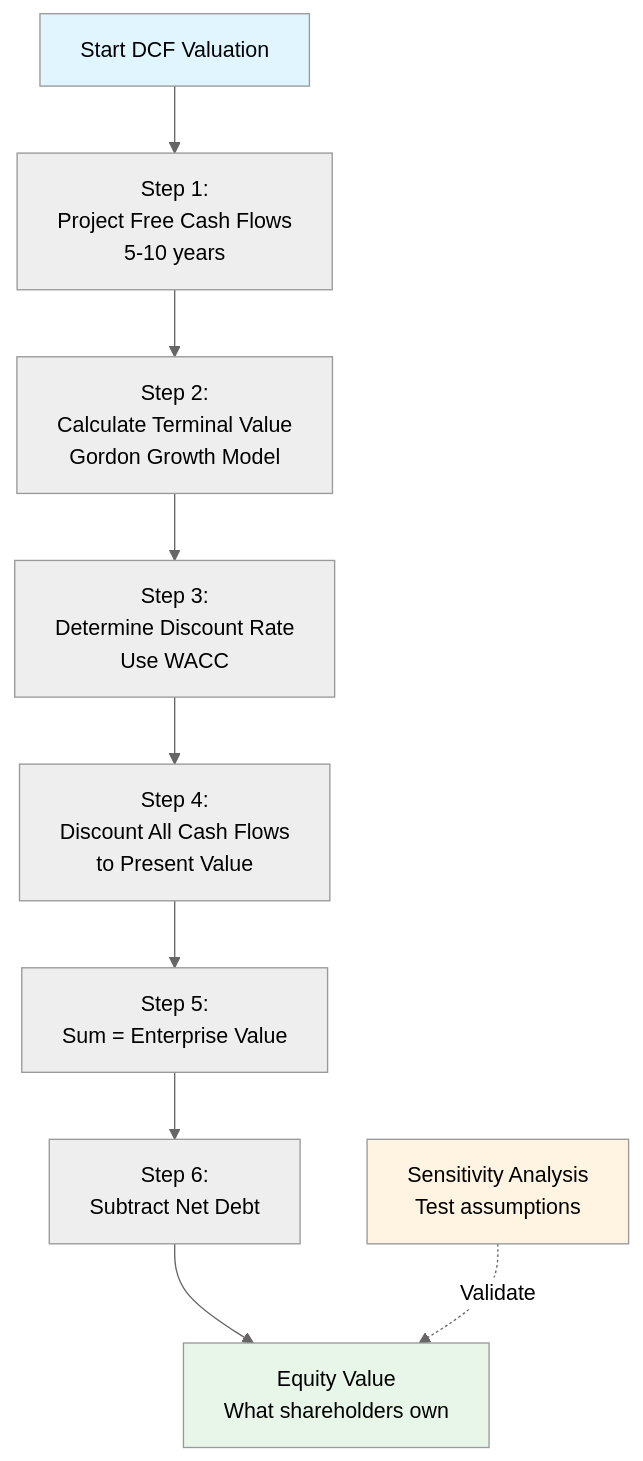
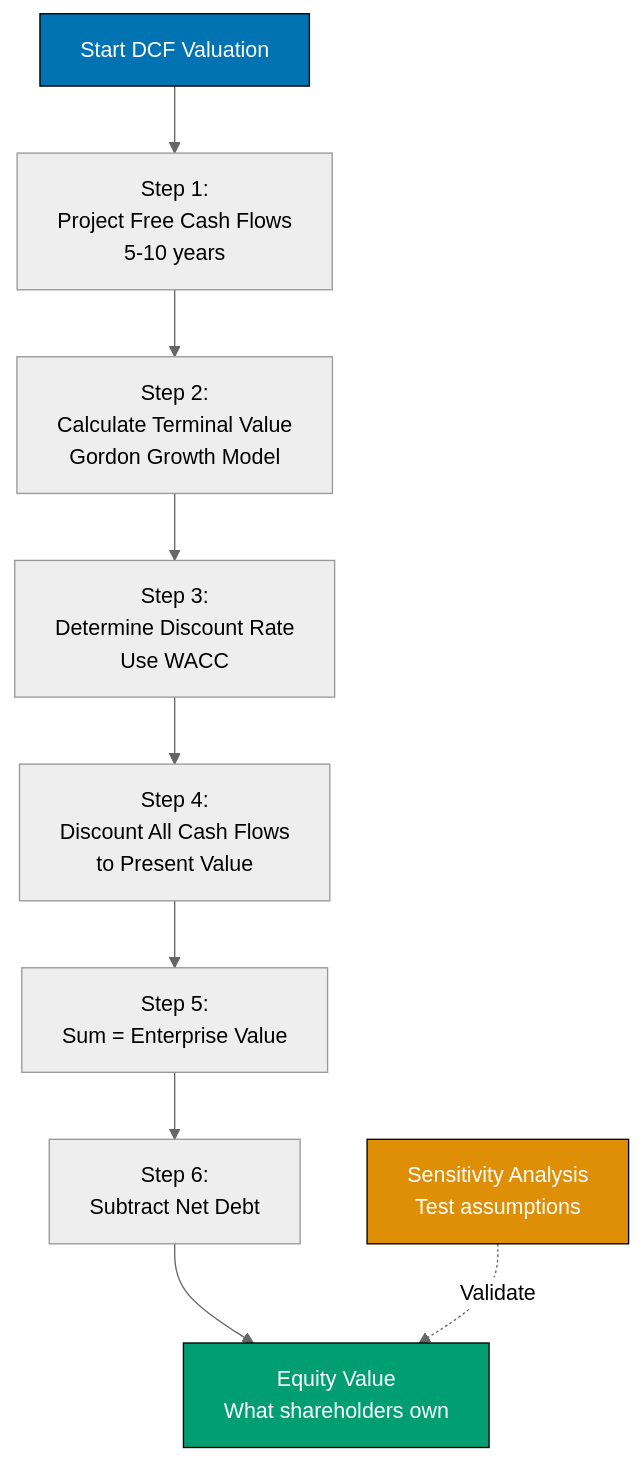
Diagram 11 of 12 in docs/tutorials/business-and-finance/tu-bufi__corporate-finance.md (wahidyankf/open-sharia-enterprise), drawn with Mermaid (neutral theme) before and after one commit. The commit also changed other lines of this file and 22 other files, not shown here.

First line of the commit message:
docs(diagrams): ensure all mermaid diagrams use color-blind friendly palette

````diff
--- a/docs/tutorials/business-and-finance/tu-bufi__corporate-finance.md
+++ b/docs/tutorials/business-and-finance/tu-bufi__corporate-finance.md
@@ -1242,16 +1275,16 @@
 ```mermaid
 flowchart TD
 	A[Start DCF Valuation] --> B[Step 1:<br/>Project Free Cash Flows<br/>5-10 years]
 	B --> C[Step 2:<br/>Calculate Terminal Value<br/>Gordon Growth Model]
 	C --> D[Step 3:<br/>Determine Discount Rate<br/>Use WACC]
 	D --> E[Step 4:<br/>Discount All Cash Flows<br/>to Present Value]
 	E --> F[Step 5:<br/>Sum = Enterprise Value]
 	F --> G[Step 6:<br/>Subtract Net Debt]
 	G --> H[Equity Value<br/>What shareholders own]
 
 	I[Sensitivity Analysis<br/>Test assumptions] -.Validate.-> H
 
-	style A fill:#e1f5ff
-	style H fill:#e8f5e9
-	style I fill:#fff4e1
+	style A fill:#0173B2,stroke:#000000,color:#FFFFFF
+	style H fill:#029E73,stroke:#000000,color:#FFFFFF
+	style I fill:#DE8F05,stroke:#000000,color:#FFFFFF
 ```
````
